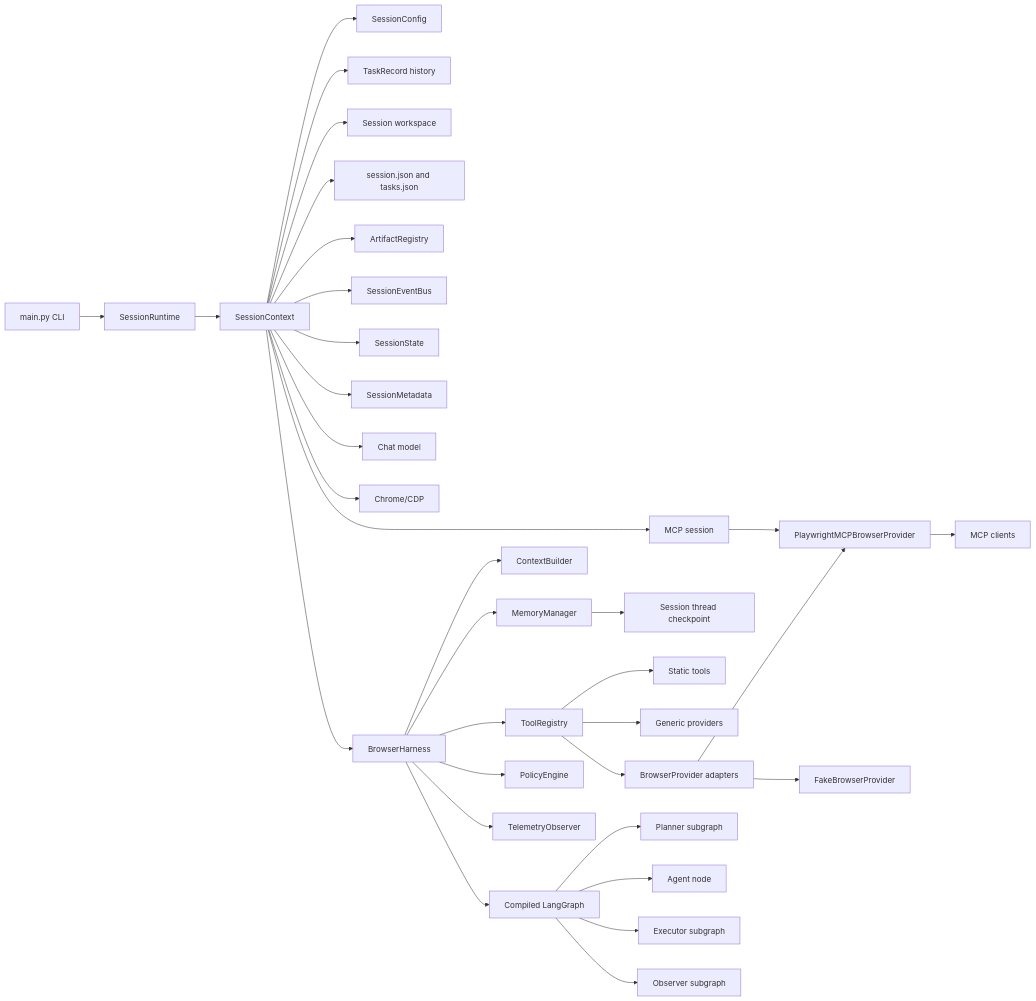
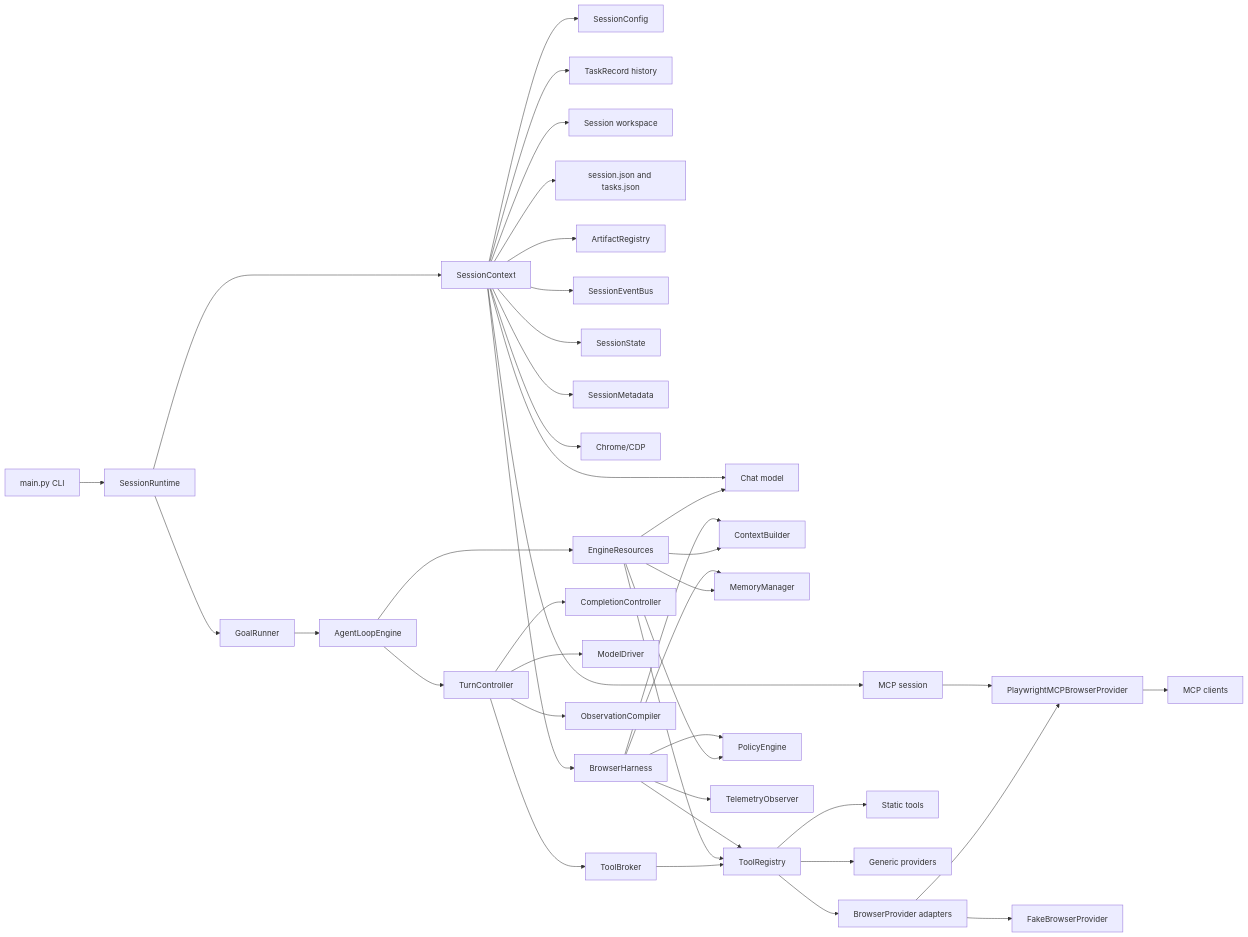
Before and after one commit to Hastur456/AutoBrowser: the diagram in docs/diagrams/harness-boundaries.md, drawn with Mermaid. The commit also changed other lines of this file and 11 other files, not shown here.

````diff
--- a/docs/diagrams/harness-boundaries.md
+++ b/docs/diagrams/harness-boundaries.md
@@ -7,35 +8,43 @@
 ```mermaid
 flowchart LR
   CLI[main.py CLI] --> Session[SessionRuntime]
   Session --> SessionCtx[SessionContext]
   SessionCtx --> Config[SessionConfig]
   SessionCtx --> Tasks[TaskRecord history]
   SessionCtx --> Workspace[Session workspace]
   SessionCtx --> SessionFiles[session.json and tasks.json]
   SessionCtx --> Artifacts[ArtifactRegistry]
   SessionCtx --> Events[SessionEventBus]
   SessionCtx --> State[SessionState]
   SessionCtx --> Metadata[SessionMetadata]
   SessionCtx --> LLM[Chat model]
   SessionCtx --> Chrome[Chrome/CDP]
   SessionCtx --> MCPRuntime[MCP session]
   SessionCtx --> Harness[BrowserHarness]
   MCPRuntime --> PlaywrightProvider[PlaywrightMCPBrowserProvider]
+  Session --> GoalRunner[GoalRunner]
+  GoalRunner --> Engine[AgentLoopEngine]
   Harness --> ContextBuilder[ContextBuilder]
   Harness --> Memory[MemoryManager]
-  Memory --> Checkpoints[Session thread checkpoint]
   Harness --> Tools[ToolRegistry]
   Harness --> Policy[PolicyEngine]
   Harness --> Telemetry[TelemetryObserver]
-  Harness --> Graph[Compiled LangGraph]
+  Engine --> Resources[EngineResources]
+  Resources --> ContextBuilder
+  Resources --> Memory
+  Resources --> Tools
+  Resources --> Policy
+  Resources --> LLM
   Tools --> StaticTools[Static tools]
   Tools --> Providers[Generic providers]
   Tools --> BrowserProviders[BrowserProvider adapters]
   BrowserProviders --> PlaywrightProvider
   BrowserProviders --> FakeProvider[FakeBrowserProvider]
   PlaywrightProvider --> MCP[MCP clients]
-  Graph --> Planner[Planner subgraph]
-  Graph --> Agent[Agent node]
-  Graph --> Executor[Executor subgraph]
-  Graph --> Observer[Observer subgraph]
+  Engine --> TurnController[TurnController]
+  TurnController --> Completion[CompletionController]
+  TurnController --> ModelDriver[ModelDriver]
+  TurnController --> ToolBroker[ToolBroker]
+  TurnController --> ObsCompiler[ObservationCompiler]
+  ToolBroker --> Tools
 ```
````
